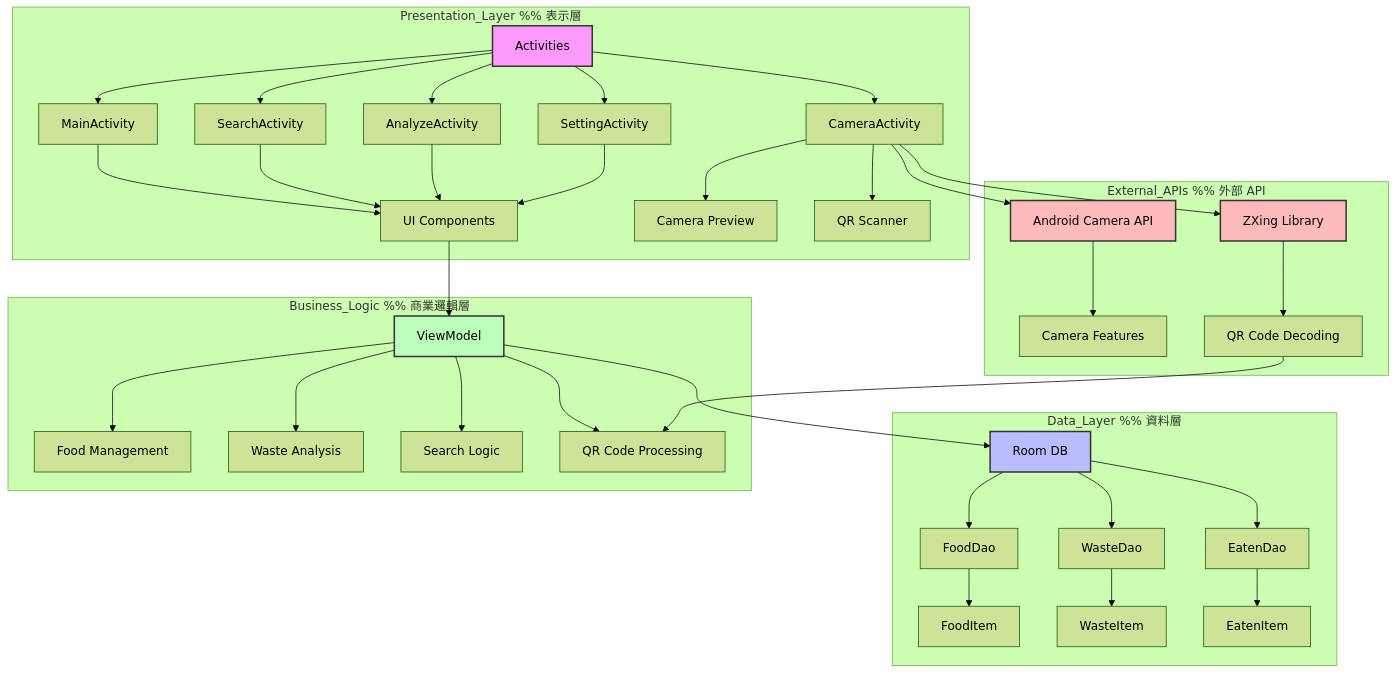
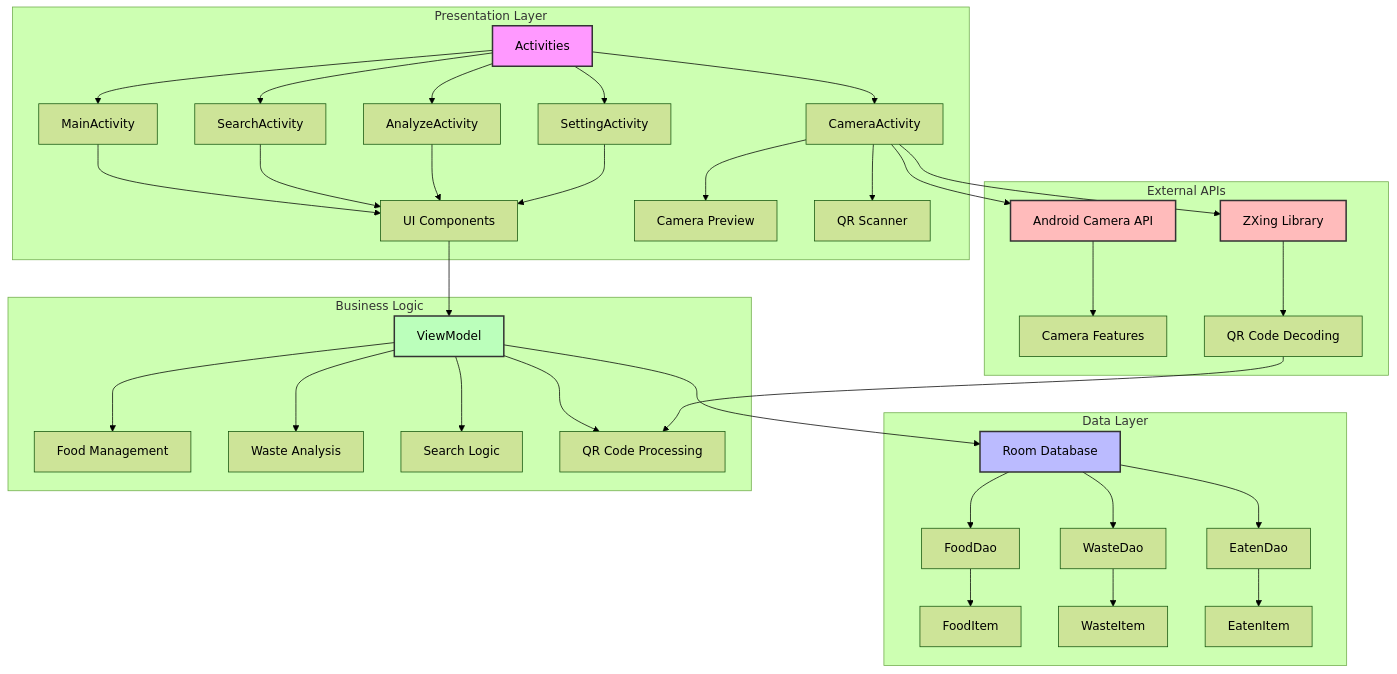
Before and after one commit to yulu1005/CountdownKitchen: the diagram in docs/architecture.mmd, drawn with Mermaid (forest theme).

```diff
--- a/docs/architecture.mmd
+++ b/docs/architecture.mmd
@@ -1,49 +1,49 @@
 graph TD
-    subgraph Presentation_Layer  %% 表示層
+    subgraph Presentation Layer
         A[Activities] --> B[MainActivity]
         A --> C[SearchActivity]
         A --> D[AnalyzeActivity]
         A --> E[SettingActivity]
         A --> V[CameraActivity]
         
         B --> F[UI Components]
         C --> F
         D --> F
         E --> F
         V --> W[Camera Preview]
         V --> X[QR Scanner]
     end
 
-    subgraph Data_Layer  %% 資料層
-        G[Room DB] --> H[FoodDao]
+    subgraph Data Layer
+        G[Room Database] --> H[FoodDao]
         G --> I[WasteDao]
         G --> J[EatenDao]
         
         H --> K[FoodItem]
         I --> L[WasteItem]
         J --> M[EatenItem]
     end
 
-    subgraph Business_Logic  %% 商業邏輯層
+    subgraph Business Logic
         N[ViewModel] --> O[Food Management]
         N --> P[Waste Analysis]
         N --> Q[Search Logic]
         N --> R[QR Code Processing]
     end
 
-    subgraph External_APIs  %% 外部 API
+    subgraph External APIs
         S[Android Camera API] --> T[Camera Features]
         U[ZXing Library] --> Y[QR Code Decoding]
     end
 
     F --> N
     N --> G
     V --> S
     V --> U
     Y --> R
 
     style A fill:#f9f,stroke:#333,stroke-width:2px
     style G fill:#bbf,stroke:#333,stroke-width:2px
     style N fill:#bfb,stroke:#333,stroke-width:2px
     style S fill:#fbb,stroke:#333,stroke-width:2px
     style U fill:#fbb,stroke:#333,stroke-width:2px
```
